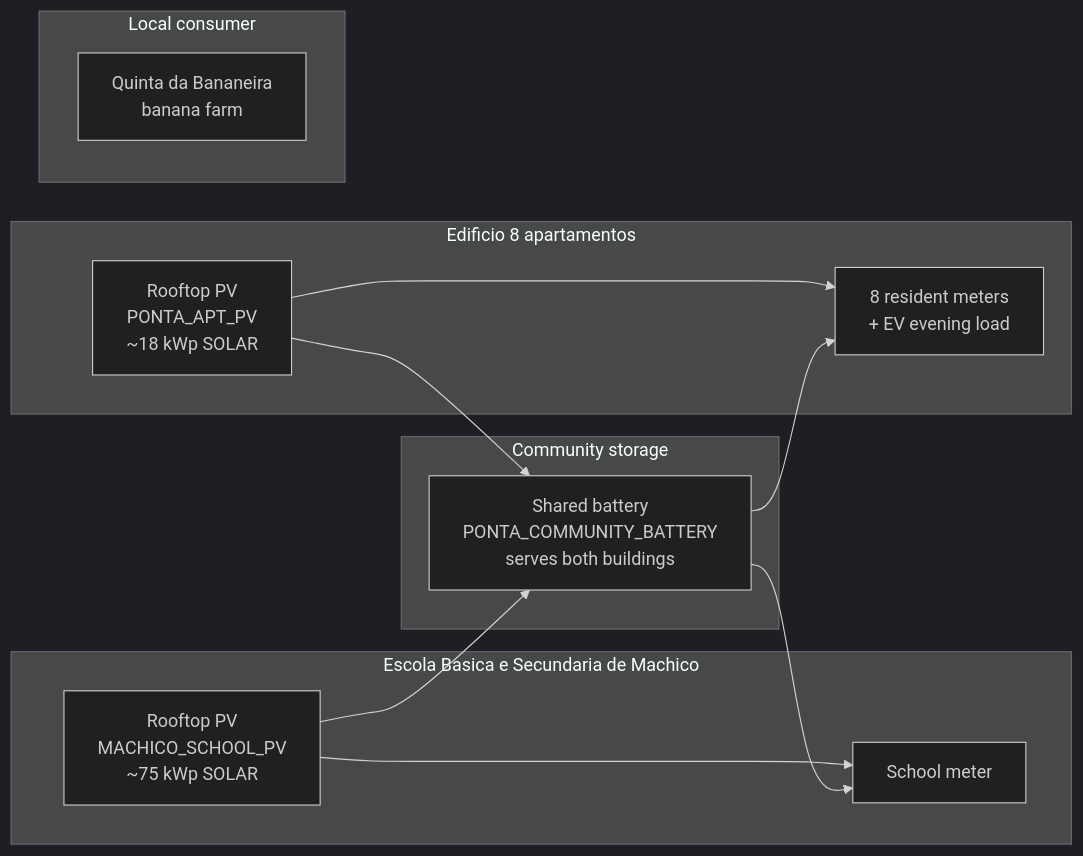
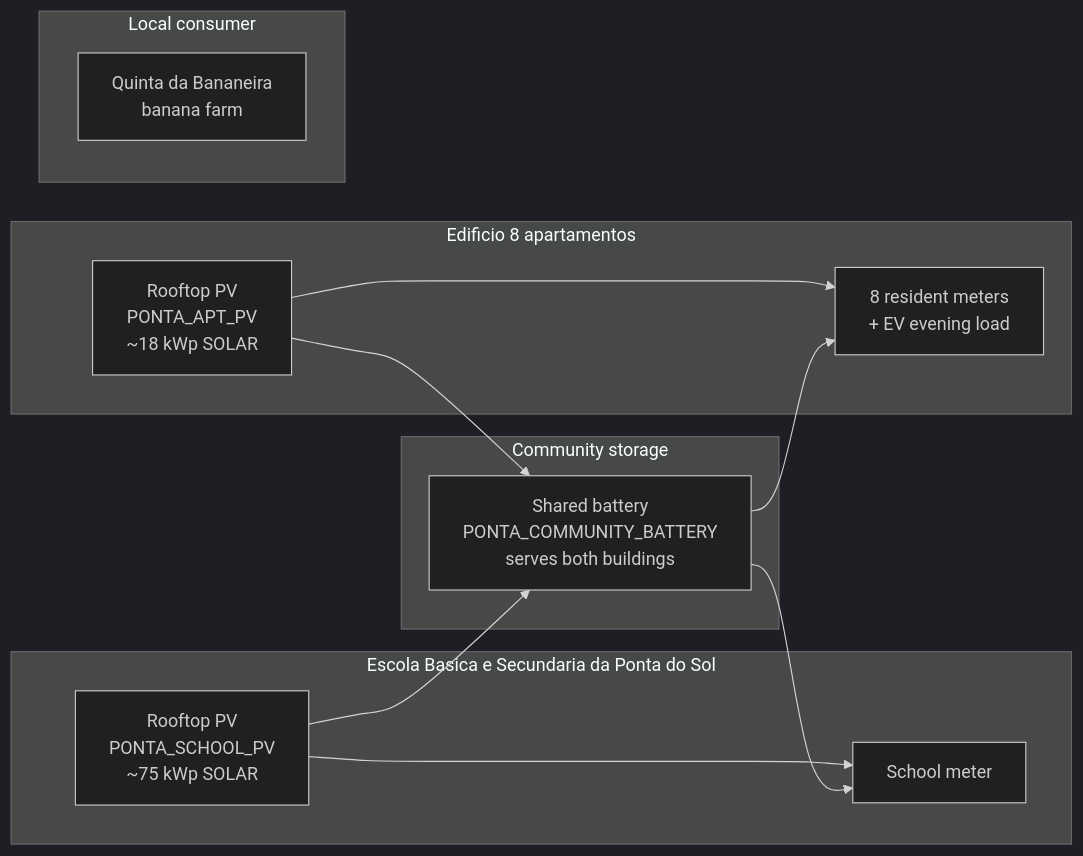
The second of 2 diagrams in docs/ponta-do-sol-demo-setup.md (hypha-dao/hypha-web), drawn with Mermaid (dark theme) before and after one commit. The commit also changed other lines of this file, not shown here.

First line of the commit message:
docs(ponta-do-sol): rename school to Escola da Ponta do Sol

````diff
--- a/docs/ponta-do-sol-demo-setup.md
+++ b/docs/ponta-do-sol-demo-setup.md
@@ -166,23 +166,23 @@
 ```mermaid
 flowchart LR
-  subgraph schoolBuilding [Escola Basica e Secundaria de Machico]
-    SchoolRoof["Rooftop PV\nMACHICO_SCHOOL_PV\n~75 kWp SOLAR"]
+  subgraph schoolBuilding [Escola Basica e Secundaria da Ponta do Sol]
+    SchoolRoof["Rooftop PV\nPONTA_SCHOOL_PV\n~75 kWp SOLAR"]
     SchoolLoad["School meter"]
   end
   subgraph communityStorage [Community storage]
     SharedBattery["Shared battery\nPONTA_COMMUNITY_BATTERY\nserves both buildings"]
   end
   subgraph aptBuilding [Edificio 8 apartamentos]
     AptRoof["Rooftop PV\nPONTA_APT_PV\n~18 kWp SOLAR"]
     AptLoads["8 resident meters\n+ EV evening load"]
   end
   subgraph local [Local consumer]
     Farm["Quinta da Bananeira\nbanana farm"]
   end
   SchoolRoof --> SchoolLoad
   SchoolRoof --> SharedBattery
   AptRoof --> AptLoads
   AptRoof --> SharedBattery
   SharedBattery --> AptLoads
   SharedBattery --> SchoolLoad
 ```
````
